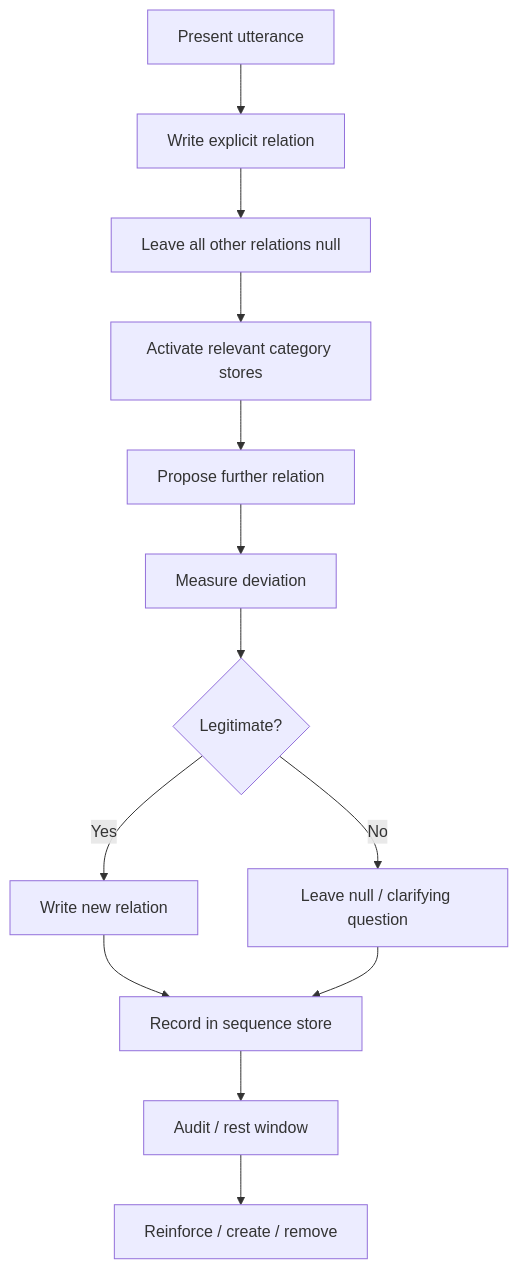
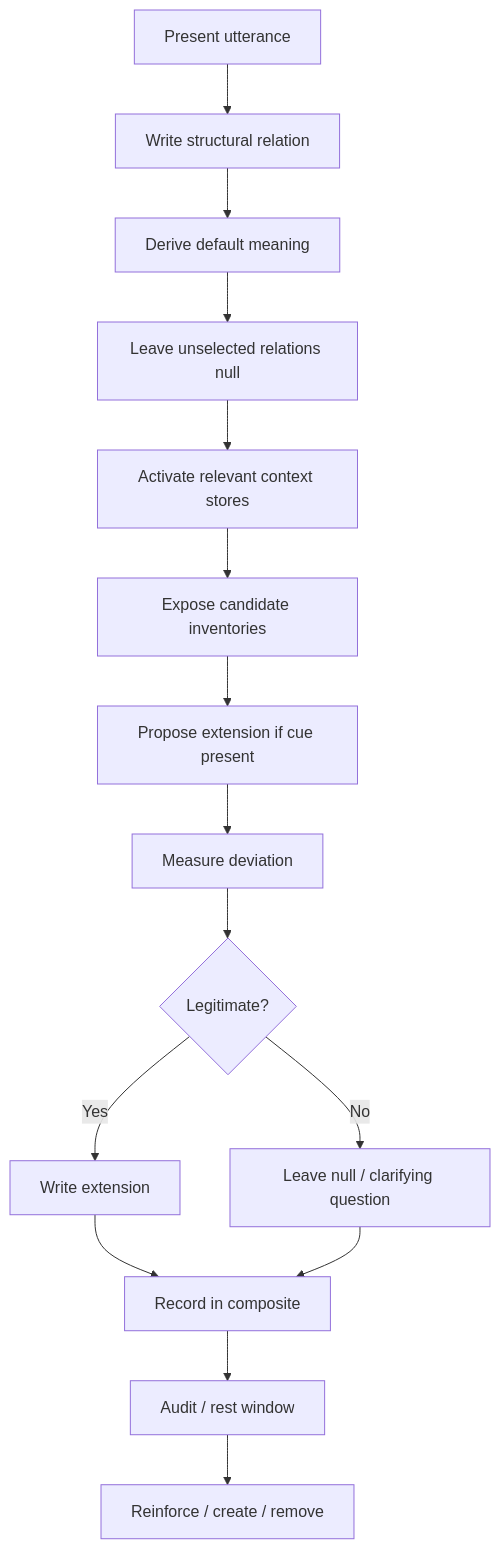
The diagram in thought_simulator/requirements_20/system_playground/simulation/pathA_short_sim/notes/program/s2m_relational_proposal.md (CuriousOne23/WhenMathPrays), drawn with Mermaid before and after one commit. The commit also changed other lines of this file, not shown here.

Commit message:
Revise S2M proposal: make default meaning first-class layer; restructure around five-stage model and three-sentence testbench

````diff
--- a/thought_simulator/requirements_20/system_playground/simulation/pathA_short_sim/notes/program/s2m_relational_proposal.md
+++ b/thought_simulator/requirements_20/system_playground/simulation/pathA_short_sim/notes/program/s2m_relational_proposal.md
@@ -245,15 +249,17 @@
 ```mermaid
 flowchart TD
-    A[Present utterance] --> B[Write explicit relation]
-    B --> C[Leave all other relations null]
-    C --> D[Activate relevant category stores]
-    D --> E[Propose further relation]
-    E --> F[Measure deviation]
-    F --> G{Legitimate?}
-    G -->|Yes| H[Write new relation]
-    G -->|No| I[Leave null / clarifying question]
-    H --> J[Record in sequence store]
-    I --> J
-    J --> K[Audit / rest window]
-    K --> L[Reinforce / create / remove]
+    A[Present utterance] --> B[Write structural relation]
+    B --> C[Derive default meaning]
+    C --> D[Leave unselected relations null]
+    D --> E[Activate relevant context stores]
+    E --> F[Expose candidate inventories]
+    F --> G[Propose extension if cue present]
+    G --> H[Measure deviation]
+    H --> I{Legitimate?}
+    I -->|Yes| J[Write extension]
+    I -->|No| K[Leave null / clarifying question]
+    J --> L[Record in composite]
+    K --> L
+    L --> M[Audit / rest window]
+    M --> N[Reinforce / create / remove]
 ```
````
